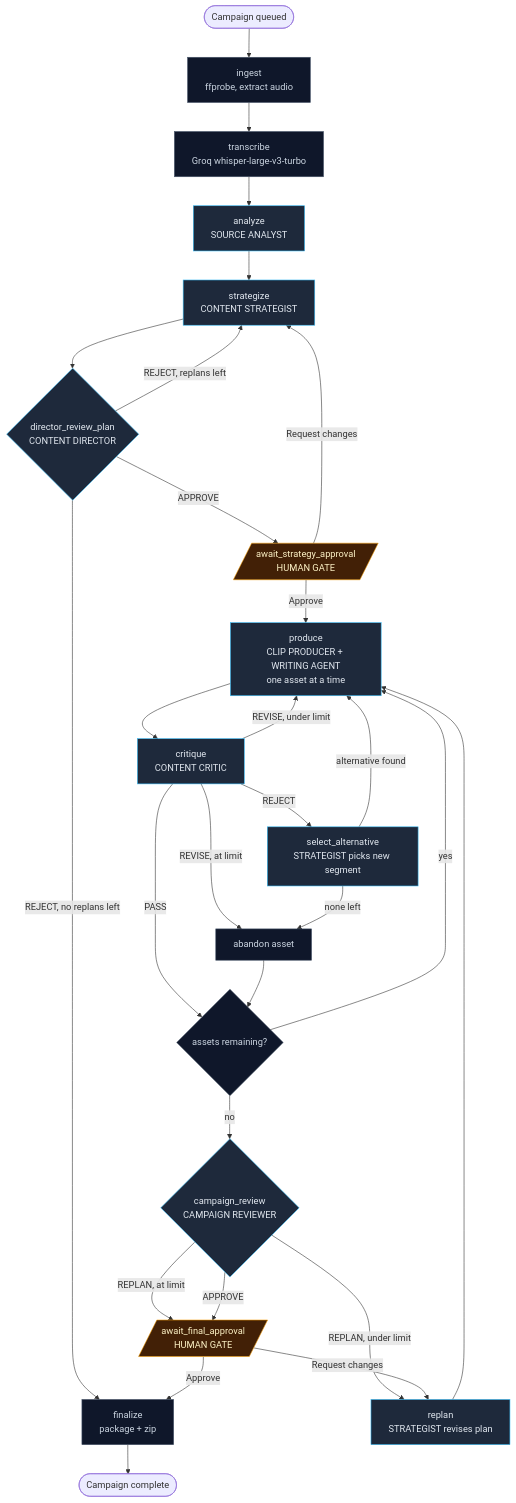
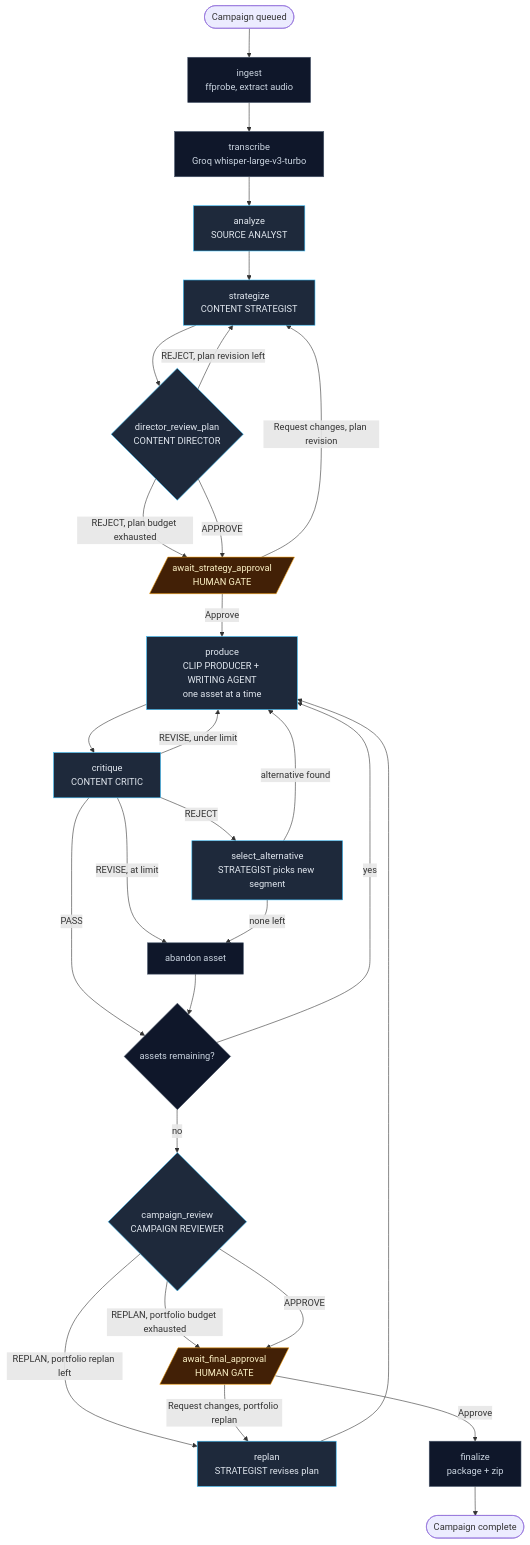
Before and after one commit to xuanhieu2611/chorus: the diagram in MVP.md, drawn with Mermaid. The commit also changed other lines of this file and 64 other files, not shown here.

````diff
--- a/MVP.md
+++ b/MVP.md
@@ -406,47 +431,47 @@
 ```mermaid
 flowchart TD
     START([Campaign queued]) --> ingest[ingest<br/>ffprobe, extract audio]
     ingest --> transcribe[transcribe<br/>Groq whisper-large-v3-turbo]
     transcribe --> analyze[analyze<br/>SOURCE ANALYST]
     analyze --> strategize[strategize<br/>CONTENT STRATEGIST]
     strategize --> dirplan{director_review_plan<br/>CONTENT DIRECTOR}
 
-    dirplan -->|REJECT, replans left| strategize
-    dirplan -->|REJECT, no replans left| finalize
+    dirplan -->|REJECT, plan revision left| strategize
+    dirplan -->|REJECT, plan budget exhausted| gate1
     dirplan -->|APPROVE| gate1[/await_strategy_approval<br/>HUMAN GATE/]
 
-    gate1 -->|Request changes| strategize
+    gate1 -->|Request changes, plan revision| strategize
     gate1 -->|Approve| produce[produce<br/>CLIP PRODUCER + WRITING AGENT<br/>one asset at a time]
 
     produce --> critique[critique<br/>CONTENT CRITIC]
 
     critique -->|PASS| more_assets{assets remaining?}
     critique -->|REVISE, under limit| produce
     critique -->|REVISE, at limit| abandon[abandon asset]
     critique -->|REJECT| swap[select_alternative<br/>STRATEGIST picks new segment]
 
     swap -->|alternative found| produce
     swap -->|none left| abandon
     abandon --> more_assets
 
     more_assets -->|yes| produce
     more_assets -->|no| creview{campaign_review<br/>CAMPAIGN REVIEWER}
 
-    creview -->|REPLAN, under limit| replan[replan<br/>STRATEGIST revises plan]
-    creview -->|REPLAN, at limit| gate2
+    creview -->|REPLAN, portfolio replan left| replan[replan<br/>STRATEGIST revises plan]
+    creview -->|REPLAN, portfolio budget exhausted| gate2
     creview -->|APPROVE| gate2[/await_final_approval<br/>HUMAN GATE/]
 
     replan --> produce
 
-    gate2 -->|Request changes| replan
+    gate2 -->|Request changes, portfolio replan| replan
     gate2 -->|Approve| finalize[finalize<br/>package + zip]
     finalize --> DONE([Campaign complete])
 
     classDef agent fill:#1e293b,stroke:#38bdf8,color:#e2e8f0
     classDef gate fill:#422006,stroke:#f59e0b,color:#fef3c7
     classDef mech fill:#0f172a,stroke:#475569,color:#cbd5e1
     class analyze,strategize,produce,critique,swap,replan agent
     class dirplan,creview agent
     class gate1,gate2 gate
     class ingest,transcribe,abandon,more_assets,finalize mech
 ```
````
